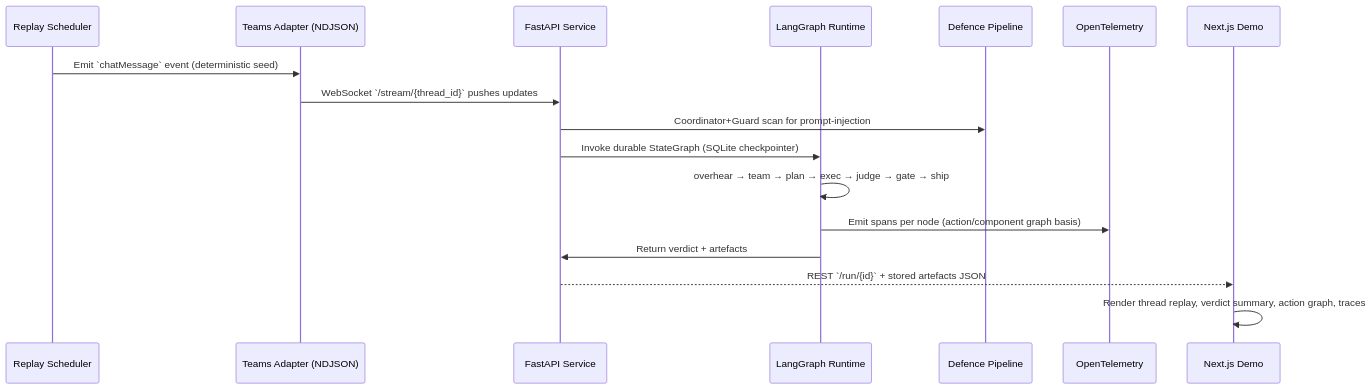
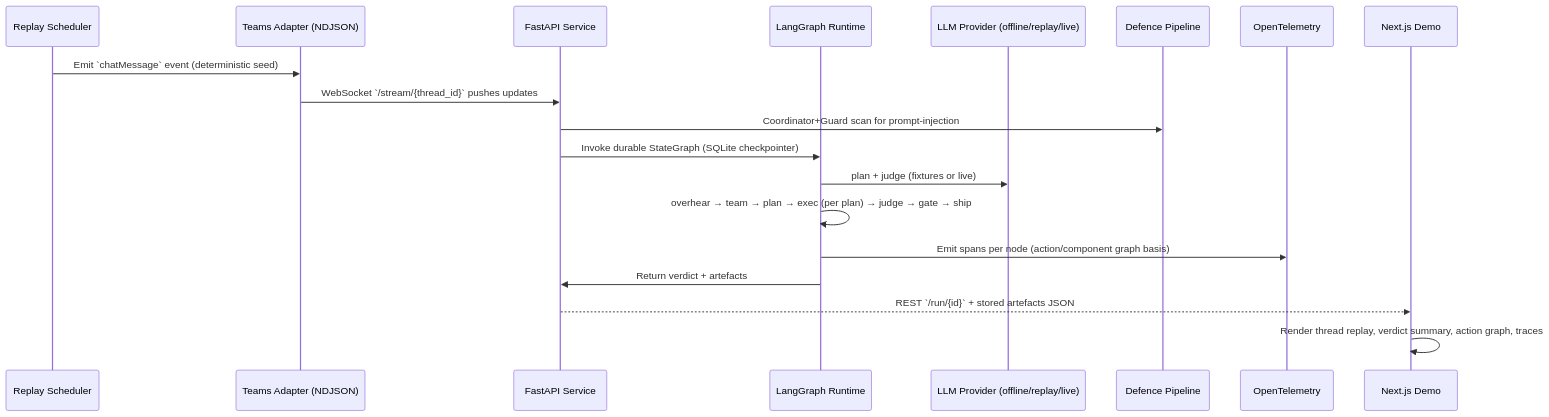
One commit to jlov7/OverhearOps changed the first of 2 diagrams in docs/ARCHITECTURE.md. Above: the diagram before and after it, drawn with Mermaid. The commit also changed other lines of this file and 5 other files, not shown here.

````diff
--- a/docs/ARCHITECTURE.md
+++ b/docs/ARCHITECTURE.md
@@ -4,20 +4,22 @@
 ```mermaid
 sequenceDiagram
     participant Replay as Replay Scheduler
     participant Teams as Teams Adapter (NDJSON)
     participant API as FastAPI Service
     participant Graph as LangGraph Runtime
+    participant Provider as LLM Provider (offline/replay/live)
     participant Guard as Defence Pipeline
     participant OTEL as OpenTelemetry
     participant UI as Next.js Demo
 
     Replay->>Teams: Emit `chatMessage` event (deterministic seed)
     Teams->>API: WebSocket `/stream/{thread_id}` pushes updates
     API->>Guard: Coordinator+Guard scan for prompt-injection
     API->>Graph: Invoke durable StateGraph (SQLite checkpointer)
-    Graph->>Graph: overhear → team → plan → exec → judge → gate → ship
+    Graph->>Provider: plan + judge (fixtures or live)
+    Graph->>Graph: overhear → team → plan → exec (per plan) → judge → gate → ship
     Graph->>OTEL: Emit spans per node (action/component graph basis)
     Graph->>API: Return verdict + artefacts
     API-->>UI: REST `/run/{id}` + stored artefacts JSON
     UI->>UI: Render thread replay, verdict summary, action graph, traces
 ```
````
